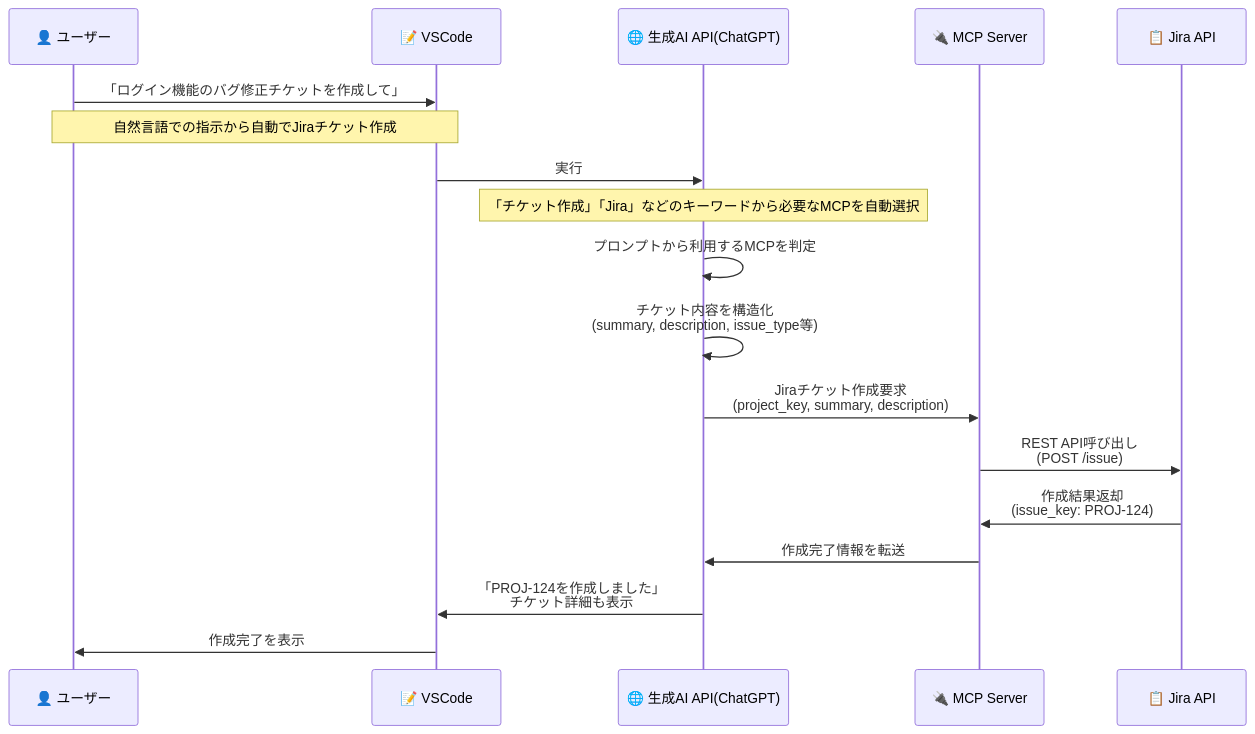
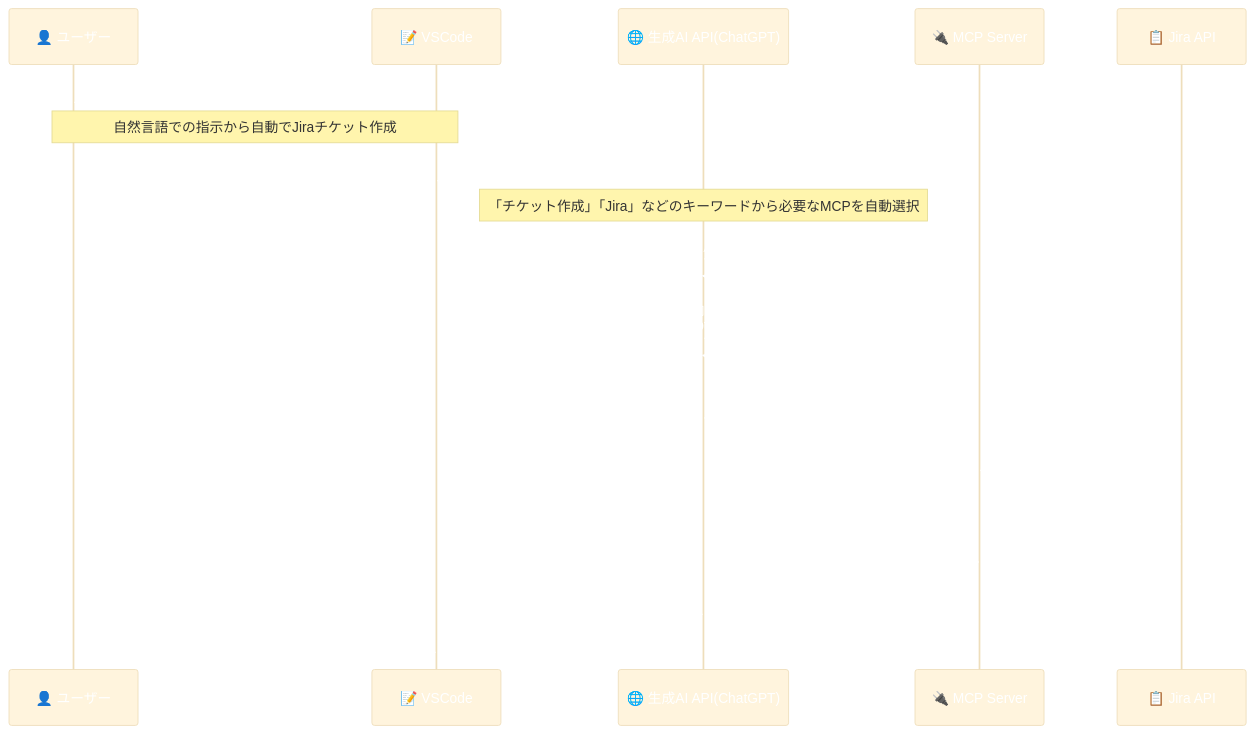
One commit to sheet00/haagen-dazs-hands-on-03-slide changed the third of 4 diagrams in vscode-handson-slides.md. Above: the diagram before and after it, drawn with Mermaid. The commit also changed other lines of this file and 1 other file, not shown here.

```diff
--- a/vscode-handson-slides.md
+++ b/vscode-handson-slides.md
@@ -665,24 +668,27 @@
 <pre class="mermaid">
 sequenceDiagram
     participant User as 👤 ユーザー
     participant VSCode as 📝 VSCode
     participant API as 🌐 生成AI API(ChatGPT)
     participant MCP as 🔌 MCP Server
     participant Jira as 📋 Jira API
 
     User->>VSCode: 「ログイン機能のバグ修正チケットを作成して」
 
     Note over User,VSCode: 自然言語での指示から自動でJiraチケット作成
     VSCode->>API: 実行
     
     Note over API: 「チケット作成」「Jira」などのキーワードから必要なMCPを自動選択
     API->>API: プロンプトから利用するMCPを判定    
 
     API->>API: チケット内容を構造化<br/>(summary, description, issue_type等)
     API->>MCP: Jiraチケット作成要求<br/>(project_key, summary, description)
     MCP->>Jira: REST API呼び出し<br/>(POST /issue)
     Jira->>MCP: 作成結果返却<br/>(issue_key: PROJ-124)
     MCP->>API: 作成完了情報を転送
     API->>VSCode: 「PROJ-124を作成しました」<br/>チケット詳細も表示
     VSCode->>User: 作成完了を表示
+
+    %% 文字色を白色に指定
+    %%{init: {'theme':'base', 'themeVariables': { 'primaryTextColor': '#ffffff', 'actorTextColor': '#ffffff', 'participantTextColor': '#ffffff', 'labelTextColor': '#ffffff'}}}%%
 </pre>
```
